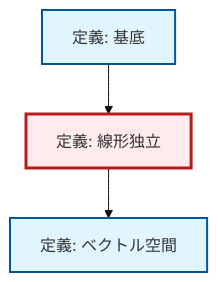
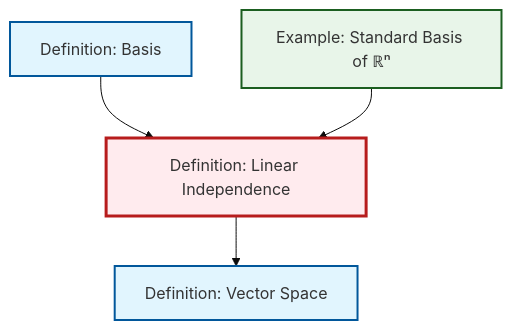
Before and after one commit to RK0429/ModernMath: the diagram in content/ja/algebra/def-linear-independence.qmd, drawn with Mermaid (base theme). The commit also changed 203 other files, not shown here.

````diff
--- a/content/ja/algebra/def-linear-independence.qmd
+++ b/content/ja/algebra/def-linear-independence.qmd
@@ -46,18 +46,17 @@
 ```{mermaid}
-%%| fig-cap: "ローカル依存関係グラフ"
+%%| fig-cap: "Local dependency graph"
 graph TD
     classDef definition fill:#e1f5fe,stroke:#01579b,stroke-width:2px
     classDef theorem fill:#f3e5f5,stroke:#4a148c,stroke-width:2px
     classDef axiom fill:#fff3e0,stroke:#e65100,stroke-width:2px
     classDef example fill:#e8f5e9,stroke:#1b5e20,stroke-width:2px
     classDef current fill:#ffebee,stroke:#b71c1c,stroke-width:3px
-    def-linear-independence["定義: 線形独立"]:::definition
-    def-vector-space["定義: ベクトル空間"]:::definition
-    def-basis["定義: 基底"]:::definition
+    def-linear-independence["Definition: Linear Independence"]:::definition
+    ex-standard-basis-rn["Example: Standard Basis of ℝⁿ"]:::example
+    def-vector-space["Definition: Vector Space"]:::definition
+    def-basis["Definition: Basis"]:::definition
     def-linear-independence --> def-vector-space
     def-basis --> def-linear-independence
+    ex-standard-basis-rn --> def-linear-independence
     class def-linear-independence current
-
-    click def-vector-space "def-vector-space.html" "Go to 定義: ベクトル空間"
-    click def-basis "def-basis.html" "Go to 定義: 基底"
 ```
````
